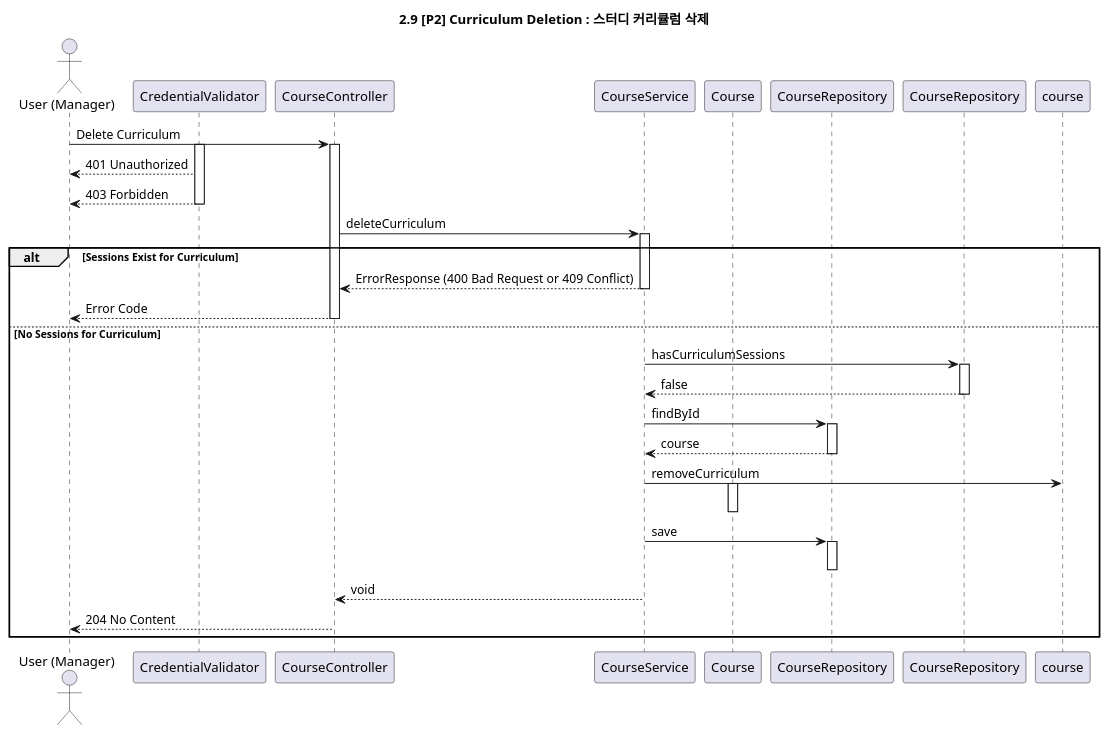
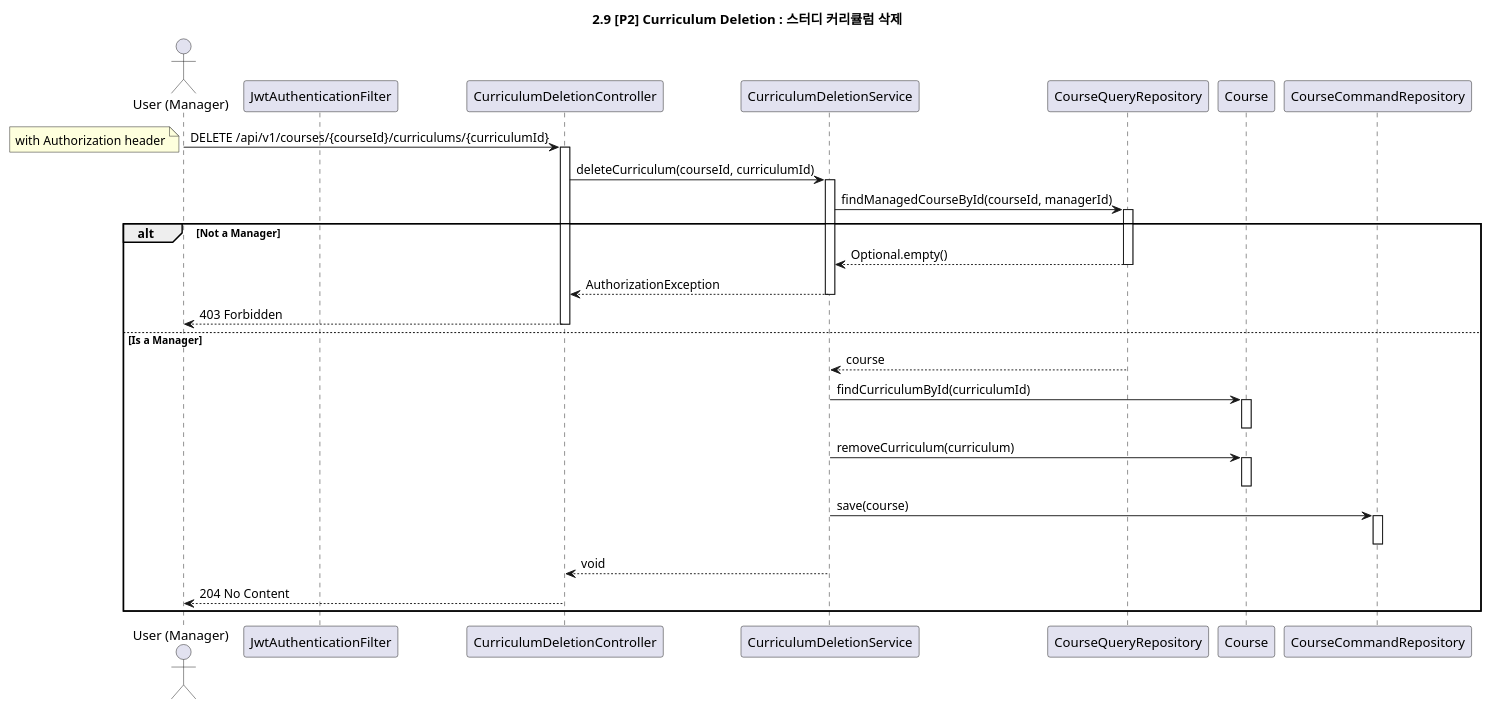
Before and after one commit to f-lab-edu/learning-manager: the diagram in docs/sequences/2.9_curriculum_deletion.puml, drawn with PlantUML. The commit also changed 49 other files, not shown here.

```diff
--- a/docs/sequences/2.9_curriculum_deletion.puml
+++ b/docs/sequences/2.9_curriculum_deletion.puml
@@ -1,55 +1,52 @@
 @startuml
 
 title 2.9 [P2] Curriculum Deletion : 스터디 커리큘럼 삭제
 
 actor "User (Manager)" as User
-participant "CredentialValidator" as Validator
-participant "CourseController" as Controller
-participant "CourseService" as AppService
+participant "JwtAuthenticationFilter" as Filter
+participant "CurriculumDeletionController" as Controller
+participant "CurriculumDeletionService" as AppService
+participant "CourseQueryRepository" as QueryRepo
 participant "Course" as CourseDomain
-participant "CourseRepository" as Repository
-participant "CourseRepository" as SessionRepo
+participant "CourseCommandRepository" as CommandRepo
 
-User -> Controller: Delete Curriculum
-activate Validator
+User -> Controller: DELETE /api/v1/courses/{courseId}/curriculums/{curriculumId}
+note left: with Authorization header
 activate Controller
-Validator --> User: 401 Unauthorized
-Validator --> User: 403 Forbidden
-deactivate Validator
 
-Controller -> AppService: deleteCurriculum
+Controller -> AppService: deleteCurriculum(courseId, curriculumId)
 activate AppService
-alt Sessions Exist for Curriculum
-    AppService --> Controller: ErrorResponse (400 Bad Request or 409 Conflict)
+
+AppService -> QueryRepo: findManagedCourseById(courseId, managerId)
+activate QueryRepo
+alt Not a Manager
+    QueryRepo --> AppService: Optional.empty()
+    deactivate QueryRepo
+    AppService --> Controller: AuthorizationException
     deactivate AppService
-    Controller --> User: Error Code
+    Controller --> User: 403 Forbidden
     deactivate Controller
-else No Sessions for Curriculum
+else Is a Manager
+    QueryRepo --> AppService: course
+    deactivate QueryRepo
 
-AppService -> SessionRepo: hasCurriculumSessions
-activate SessionRepo
-SessionRepo --> AppService: false
-deactivate SessionRepo
+    AppService -> CourseDomain: findCurriculumById(curriculumId)
+    activate CourseDomain
+    deactivate CourseDomain
 
-AppService -> Repository: findById
-activate Repository
-Repository --> AppService: course
-deactivate Repository
+    AppService -> CourseDomain: removeCurriculum(curriculum)
+    activate CourseDomain
+    deactivate CourseDomain
 
-AppService -> course: removeCurriculum
-activate CourseDomain
-deactivate CourseDomain
+    AppService -> CommandRepo: save(course)
+    activate CommandRepo
+    deactivate CommandRepo
 
-AppService -> Repository: save
-activate Repository
-deactivate Repository
+    AppService --> Controller: void
+    deactivate AppService
 
-AppService --> Controller: void
-deactivate AppService
-
-Controller --> User: 204 No Content
-deactivate Controller
-
+    Controller --> User: 204 No Content
+    deactivate Controller
 end
 
 @enduml
```
